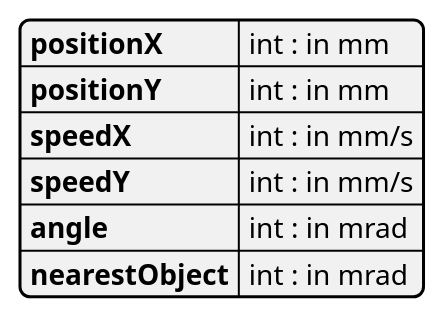
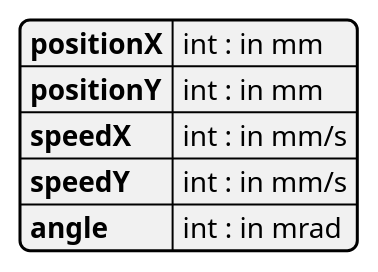
The diagram in doc/uml/message.puml (NewTec-GmbH/SpaceShipRadar), drawn with PlantUML before and after one commit. The commit also changed 19 other files, not shown here.

```diff
--- a/doc/uml/message.puml
+++ b/doc/uml/message.puml
@@ -1,12 +1,11 @@
 @startjson message
 
 {
   "positionX": "int : in mm",
   "positionY": "int : in mm",
   "speedX": "int : in mm/s",
   "speedY": "int : in mm/s",
-  "angle": "int : in mrad",
-  "nearestObject" : "int : in mrad"
+  "angle": "int : in mrad"
 }
 
 @endjson
```
